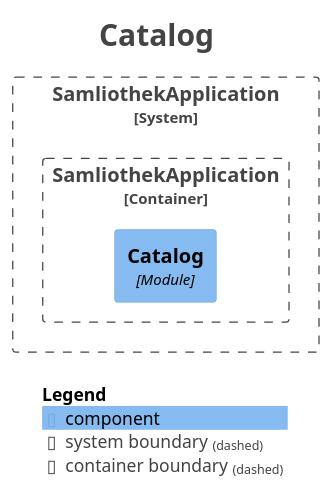
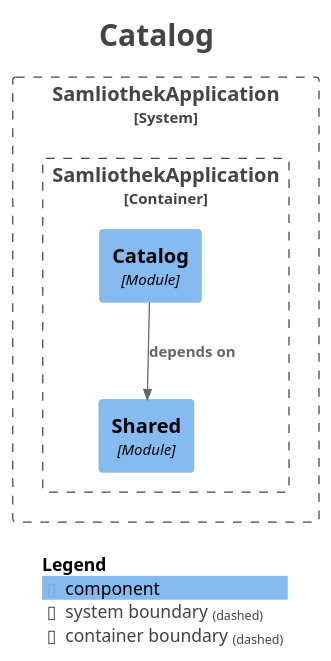
Before and after one commit to samin-z/samliothek: the diagram in docs/modulith/module-catalog.puml, drawn with PlantUML. The commit also changed 7 other files, not shown here.

```diff
--- a/docs/modulith/module-catalog.puml
+++ b/docs/modulith/module-catalog.puml
@@ -1,27 +1,30 @@
 @startuml
 title <size:24>Catalog</size>
 
 set separator none
 top to bottom direction
 
 <style>
   root {
     BackgroundColor: #ffffff
     FontColor: #444444
   }
 </style>
 
 !include <C4/C4>
 !include <C4/C4_Context>
 !include <C4/C4_Component>
 
 System_Boundary("SamliothekApplication_boundary", "SamliothekApplication", $tags="") {
   Container_Boundary("SamliothekApplication.SamliothekApplication_boundary", "SamliothekApplication", $tags="") {
+    Component(SamliothekApplication.SamliothekApplication.Shared, "Shared", $techn="Module", $descr="", $tags="", $link="")
     Component(SamliothekApplication.SamliothekApplication.Catalog, "Catalog", $techn="Module", $descr="", $tags="", $link="")
   }
 
 }
 
+Rel(SamliothekApplication.SamliothekApplication.Catalog, SamliothekApplication.SamliothekApplication.Shared, "depends on", $techn="", $tags="", $link="")
+
 SHOW_LEGEND(true)
 hide stereotypes
 @enduml
```
